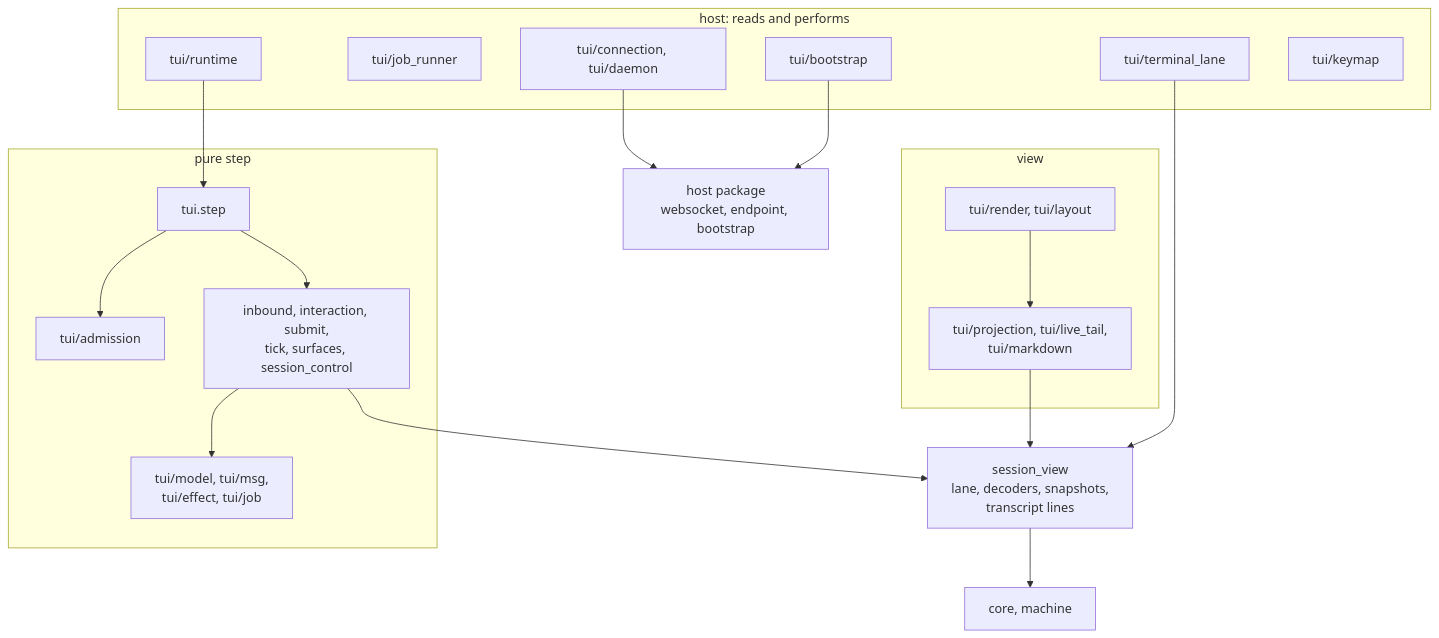
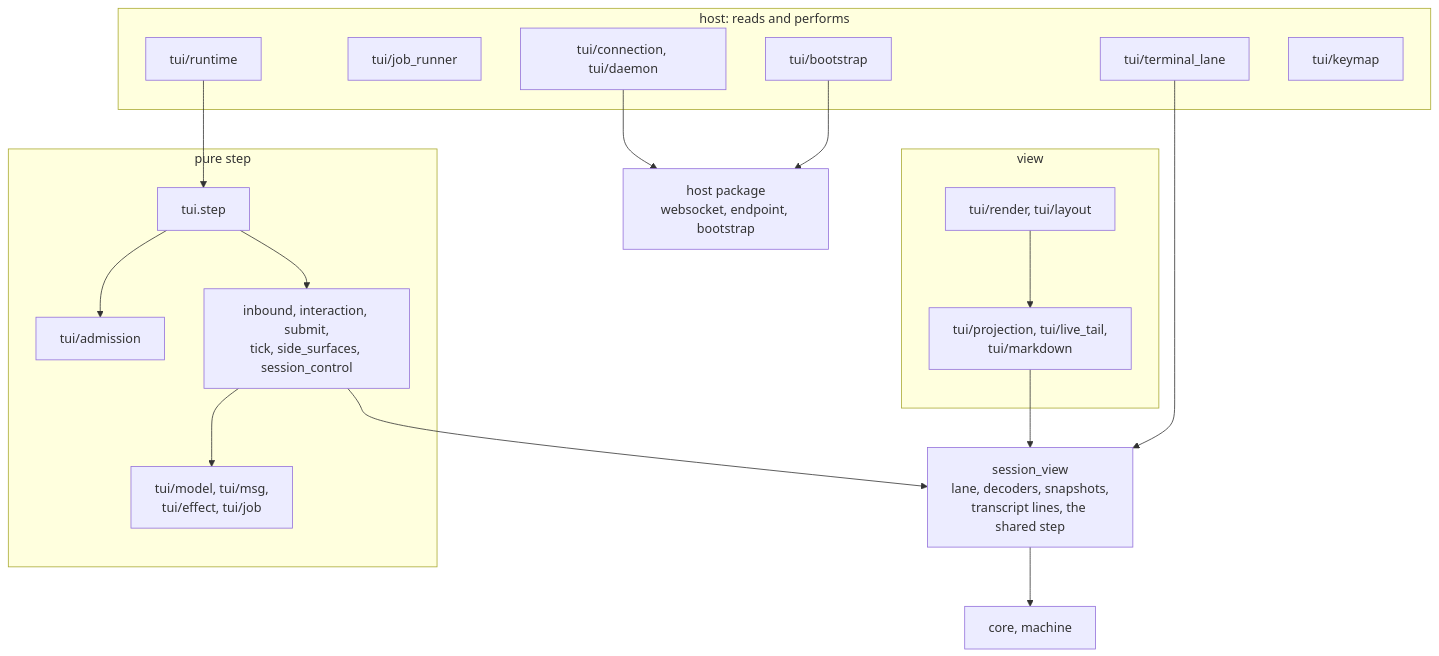
The second of 3 diagrams in packages/tui/README.md (Roasbeef/loom), drawn with Mermaid before and after one commit. The commit also changed other lines of this file and 7 other files, not shown here.

````diff
--- a/packages/tui/README.md
+++ b/packages/tui/README.md
@@ -85,34 +85,34 @@
 ```mermaid
 flowchart TD
     subgraph host["host: reads and performs"]
         Runtime["tui/runtime"]
         Jobs["tui/job_runner"]
         Lane["tui/terminal_lane"]
         Conn["tui/connection, tui/daemon"]
         Boot["tui/bootstrap"]
         Keymap["tui/keymap"]
     end
     subgraph engine["pure step"]
         Step["tui.step"]
         Admission["tui/admission"]
-        Reducers["inbound, interaction, submit,<br/>tick, surfaces, session_control"]
+        Reducers["inbound, interaction, submit,<br/>tick, side_surfaces, session_control"]
         Model["tui/model, tui/msg,<br/>tui/effect, tui/job"]
     end
     subgraph view["view"]
         Render["tui/render, tui/layout"]
         Projection["tui/projection, tui/live_tail,<br/>tui/markdown"]
     end
-    SV["session_view<br/>lane, decoders, snapshots,<br/>transcript lines"]
+    SV["session_view<br/>lane, decoders, snapshots,<br/>transcript lines, the shared step"]
     HostPkg["host package<br/>websocket, endpoint, bootstrap"]
     Runtime --> Step
     Step --> Admission
     Step --> Reducers
     Reducers --> Model
     Reducers --> SV
     Projection --> SV
     Render --> Projection
     Lane --> SV
     Conn --> HostPkg
     Boot --> HostPkg
     SV --> Core["core, machine"]
 ```
````
